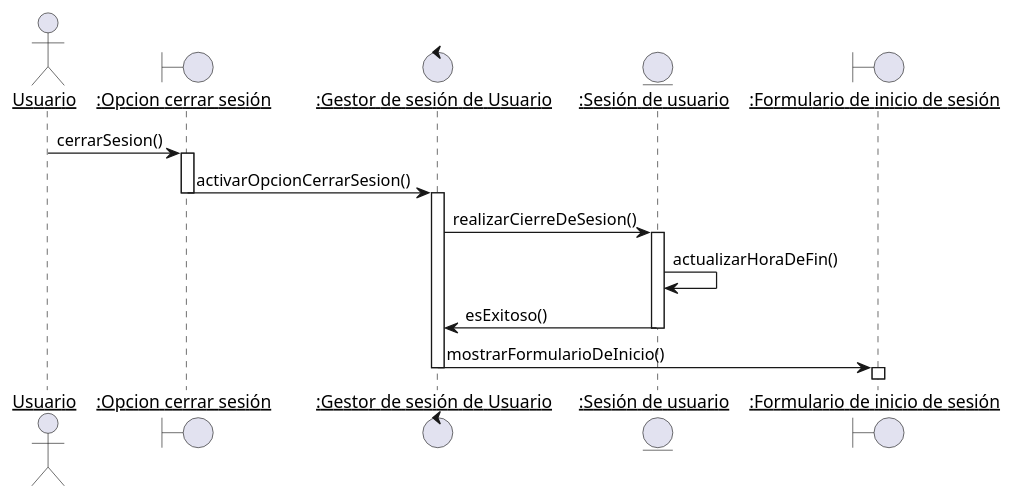
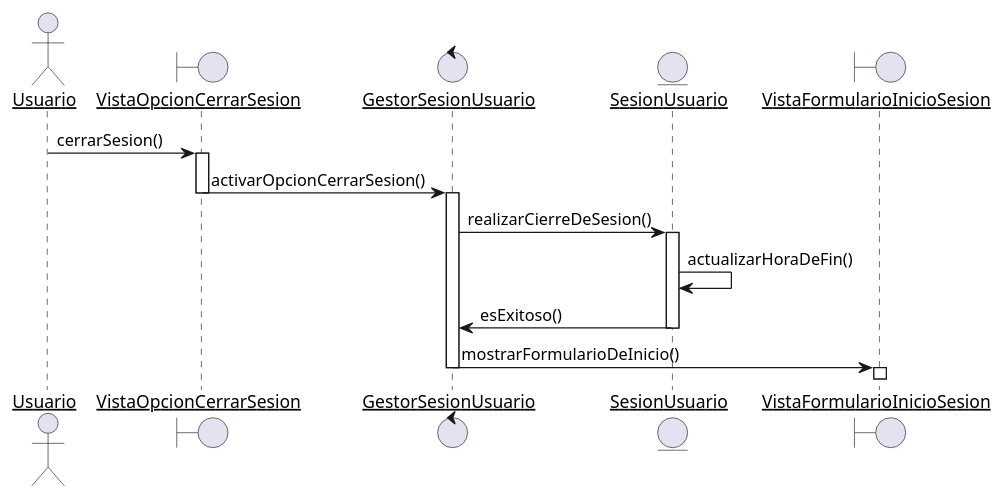
One commit to Samantha-Ramirez/ProyectoEquipo7ING changed the diagram in docs/scenariosView/DisciplinaDeDisenio/DiagramaDeSecuenciaCerrarSesion.plantUML. Above: the diagram before and after it, drawn with PlantUML. The commit also changed 11 other files, not shown here.

```diff
--- a/docs/scenariosView/DisciplinaDeDisenio/DiagramaDeSecuenciaCerrarSesion.plantUML
+++ b/docs/scenariosView/DisciplinaDeDisenio/DiagramaDeSecuenciaCerrarSesion.plantUML
@@ -1,26 +1,26 @@
 @startuml DiagramaDeSecuenciaCerrarSesion
 skinparam sequenceParticipant underline
 
 actor Usuario as user
-boundary ":Opcion cerrar sesión" as OCS
-control ":Gestor de sesión de Usuario" as GSU
-entity ":Sesión de usuario" as SU
-boundary ":Formulario de inicio de sesión" as FIS
+boundary VistaOpcionCerrarSesion
+control GestorSesionUsuario
+entity SesionUsuario
+boundary VistaFormularioInicioSesion
 
 
-user -> OCS : cerrarSesion()
-activate OCS
-OCS -> GSU : activarOpcionCerrarSesion()
-deactivate OCS
-activate GSU
-GSU -> SU : realizarCierreDeSesion()
-activate SU
-SU -> SU : actualizarHoraDeFin()
-SU -> GSU : esExitoso()
-deactivate SU
-GSU -> FIS : mostrarFormularioDeInicio()
-deactivate GSU
-activate FIS
-deactivate FIS
+user -> VistaOpcionCerrarSesion : cerrarSesion()
+activate VistaOpcionCerrarSesion
+VistaOpcionCerrarSesion -> GestorSesionUsuario : activarOpcionCerrarSesion()
+deactivate VistaOpcionCerrarSesion
+activate GestorSesionUsuario
+GestorSesionUsuario -> SesionUsuario : realizarCierreDeSesion()
+activate SesionUsuario
+SesionUsuario -> SesionUsuario : actualizarHoraDeFin()
+SesionUsuario -> GestorSesionUsuario : esExitoso()
+deactivate SesionUsuario
+GestorSesionUsuario -> VistaFormularioInicioSesion : mostrarFormularioDeInicio()
+deactivate GestorSesionUsuario
+activate VistaFormularioInicioSesion
+deactivate VistaFormularioInicioSesion
 
 @enduml
```
